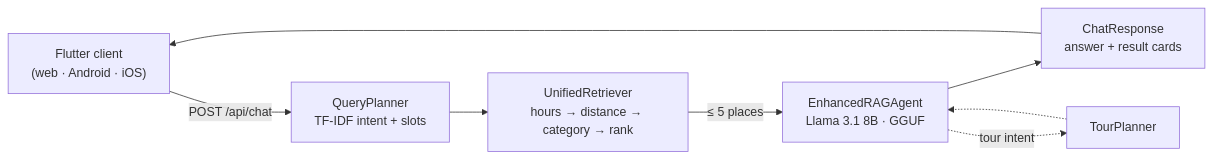
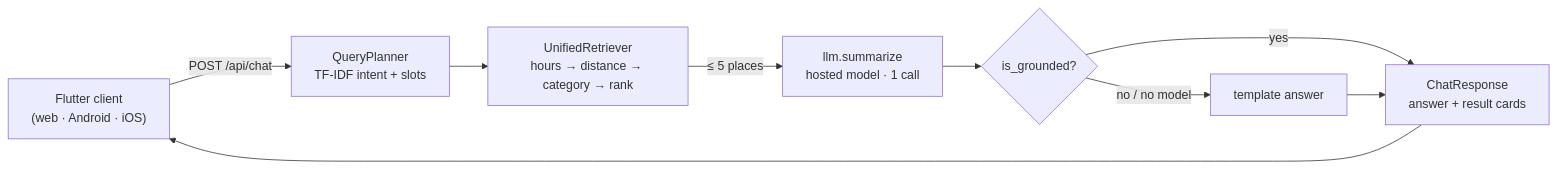
The diagram in README.md (Mollinetti/BelemConverse), drawn with Mermaid before and after one commit. The commit also changed other lines of this file and 1 other file, not shown here.

````diff
--- a/README.md
+++ b/README.md
@@ -101,10 +97,10 @@
 ```mermaid
 flowchart LR
     U["Flutter client<br/>(web · Android · iOS)"] -->|"POST /api/chat"| P
     P["QueryPlanner<br/>TF-IDF intent + slots"] --> R
     R["UnifiedRetriever<br/>hours → distance → category → rank"] -->|"≤ 5 places"| L
-    L["EnhancedRAGAgent<br/>Llama 3.1 8B · GGUF"] --> C["ChatResponse<br/>answer + result cards"]
-    L -.->|"tour intent"| T["TourPlanner"]
-    T -.-> L
+    L["llm.summarize<br/>hosted model · 1 call"] --> G{"is_grounded?"}
+    G -->|yes| C["ChatResponse<br/>answer + result cards"]
+    G -->|"no / no model"| T["template answer"] --> C
     C --> U
 ```
````
